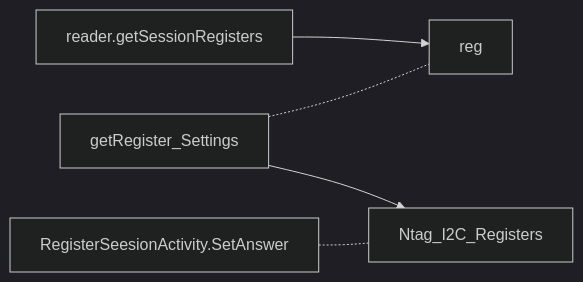
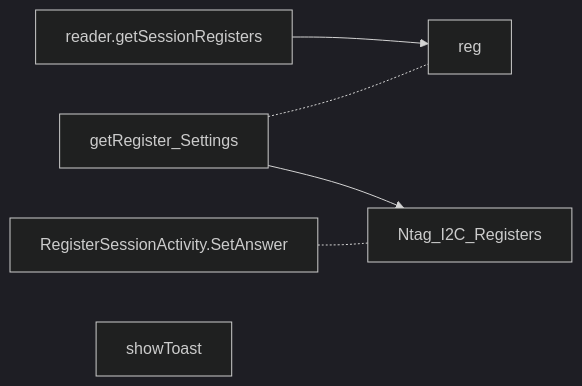
One commit to gordianknotC/nxp_note changed the eighth of 8 diagrams in nxp/NtagDemo_mermaid.md. Above: the diagram before and after it, drawn with Mermaid (dark theme). The commit also changed other lines of this file, not shown here.

Commit message:
nxp/NtagDemo_mermaid.md updated from https://stackedit.io/

````diff
--- a/nxp/NtagDemo_mermaid.md
+++ b/nxp/NtagDemo_mermaid.md
@@ -257,8 +257,8 @@
 ```mermaid
 graph LR
 reader.getSessionRegisters --> reg
 getRegister_Settings -.- reg
 getRegister_Settings --> Ntag_I2C_Registers
-RegisterSeesionActivity.SetAnswer -.- Ntag_I2C_Registers
-
+RegisterSessionActivity.SetAnswer -.- Ntag_I2C_Registers
+showToast
 ```
````
